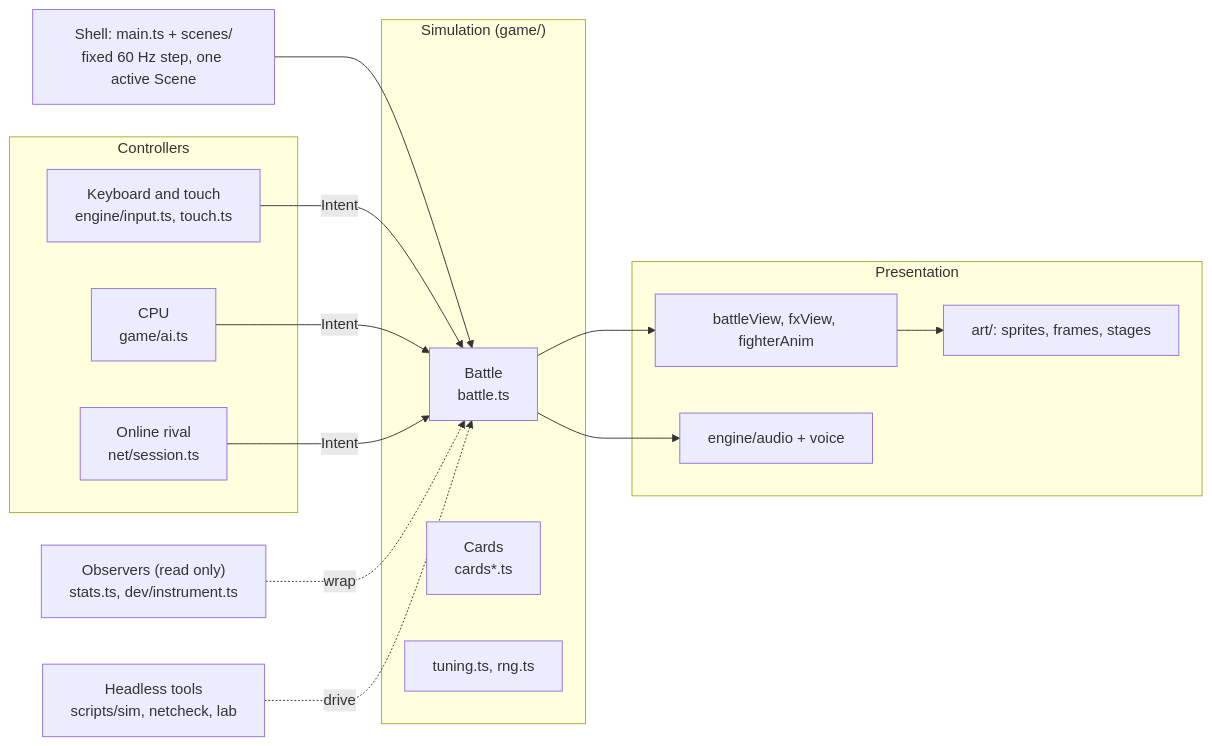
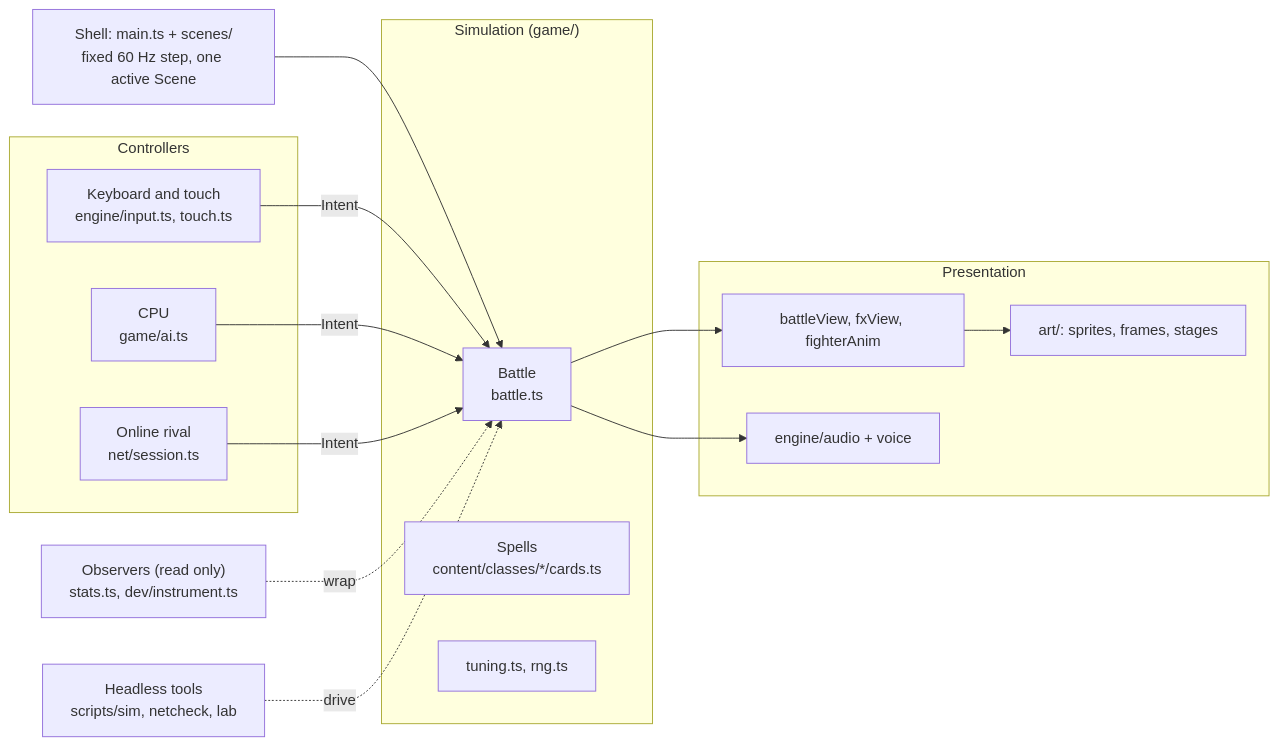
Before and after one commit to WesleyT4N/spell-vs-steel: the first of 19 diagrams in docs/ARCHITECTURE.md, drawn with Mermaid. The commit also changed other lines of this file, not shown here.

First line of the commit message:
Architecture doc: spells in src/content/classes (#62)

````diff
--- a/docs/ARCHITECTURE.md
+++ b/docs/ARCHITECTURE.md
@@ -26,27 +26,27 @@
 ```mermaid
 flowchart LR
   shell["Shell: main.ts + scenes/<br/>fixed 60 Hz step, one active Scene"] --> battle
   subgraph controllers [Controllers]
     kb["Keyboard and touch<br/>engine/input.ts, touch.ts"]
     cpu["CPU<br/>game/ai.ts"]
     net["Online rival<br/>net/session.ts"]
   end
   subgraph sim ["Simulation (game/)"]
     battle["Battle<br/>battle.ts"]
-    cards["Cards<br/>cards*.ts"]
+    cards["Spells<br/>content/classes/*/cards.ts"]
     tune["tuning.ts, rng.ts"]
   end
   subgraph pres [Presentation]
     view["battleView, fxView, fighterAnim"]
     art["art/: sprites, frames, stages"]
     audio["engine/audio + voice"]
   end
   kb -- Intent --> battle
   cpu -- Intent --> battle
   net -- Intent --> battle
   battle --> view
   battle --> audio
   view --> art
   obs["Observers (read only)<br/>stats.ts, dev/instrument.ts"] -.wrap.-> battle
   tools["Headless tools<br/>scripts/sim, netcheck, lab"] -.drive.-> battle
 ```
````
